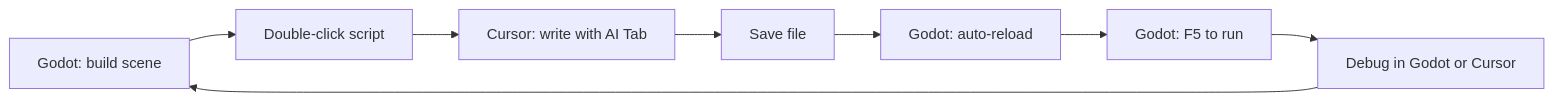
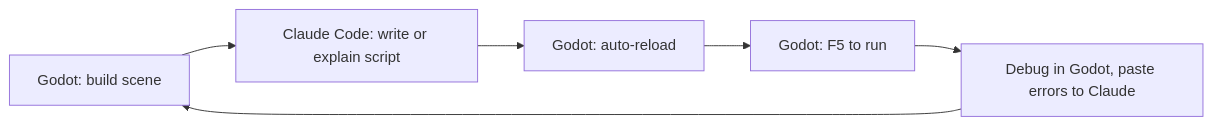
Before and after one commit to veloraine/greenrune: the first of 4 diagrams in docs/plan.md, drawn with Mermaid. The commit also changed other lines of this file and 7 other files, not shown here.

First line of the commit message:
chore: move AI setup from Cursor to Claude Code, drop Blender from Phase 0

````diff
--- a/docs/plan.md
+++ b/docs/plan.md
@@ -67,10 +53,8 @@
 ```mermaid
 flowchart LR
-    A[Godot: build scene] --> B[Double-click script]
-    B --> C[Cursor: write with AI Tab]
-    C --> D[Save file]
-    D --> E[Godot: auto-reload]
-    E --> F[Godot: F5 to run]
-    F --> G[Debug in Godot or Cursor]
-    G --> A
+    A[Godot: build scene] --> B[Claude Code: write or explain script]
+    B --> C[Godot: auto-reload]
+    C --> D[Godot: F5 to run]
+    D --> E[Debug in Godot, paste errors to Claude]
+    E --> A
 ```
````
